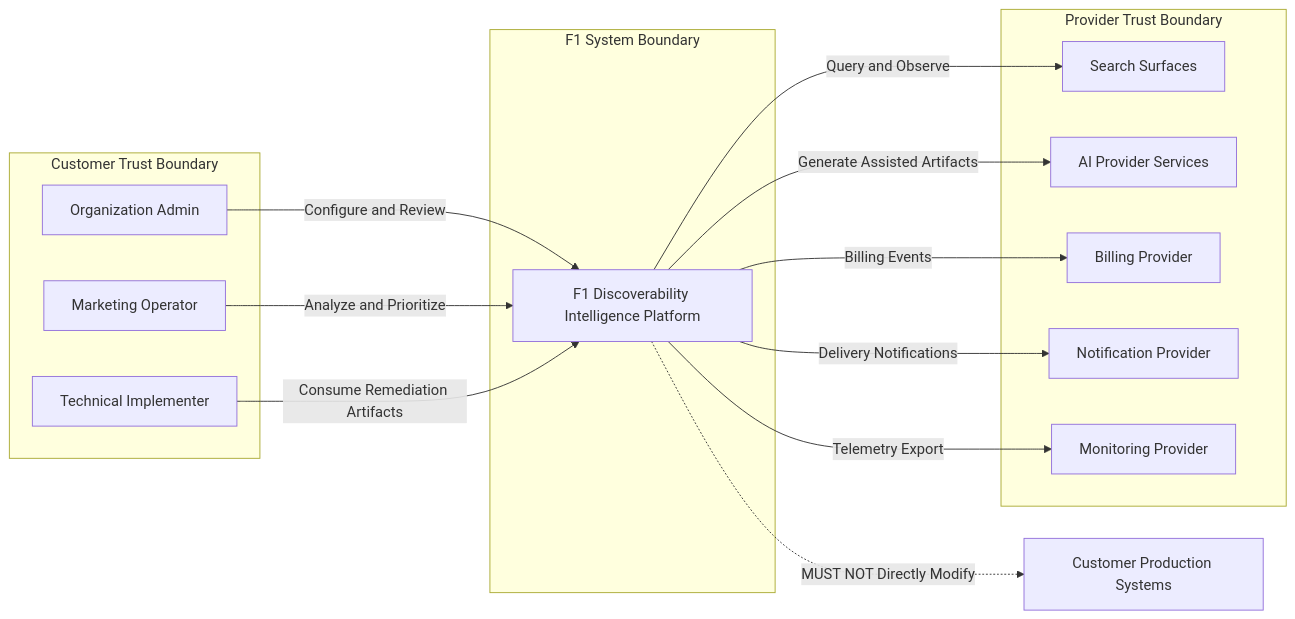
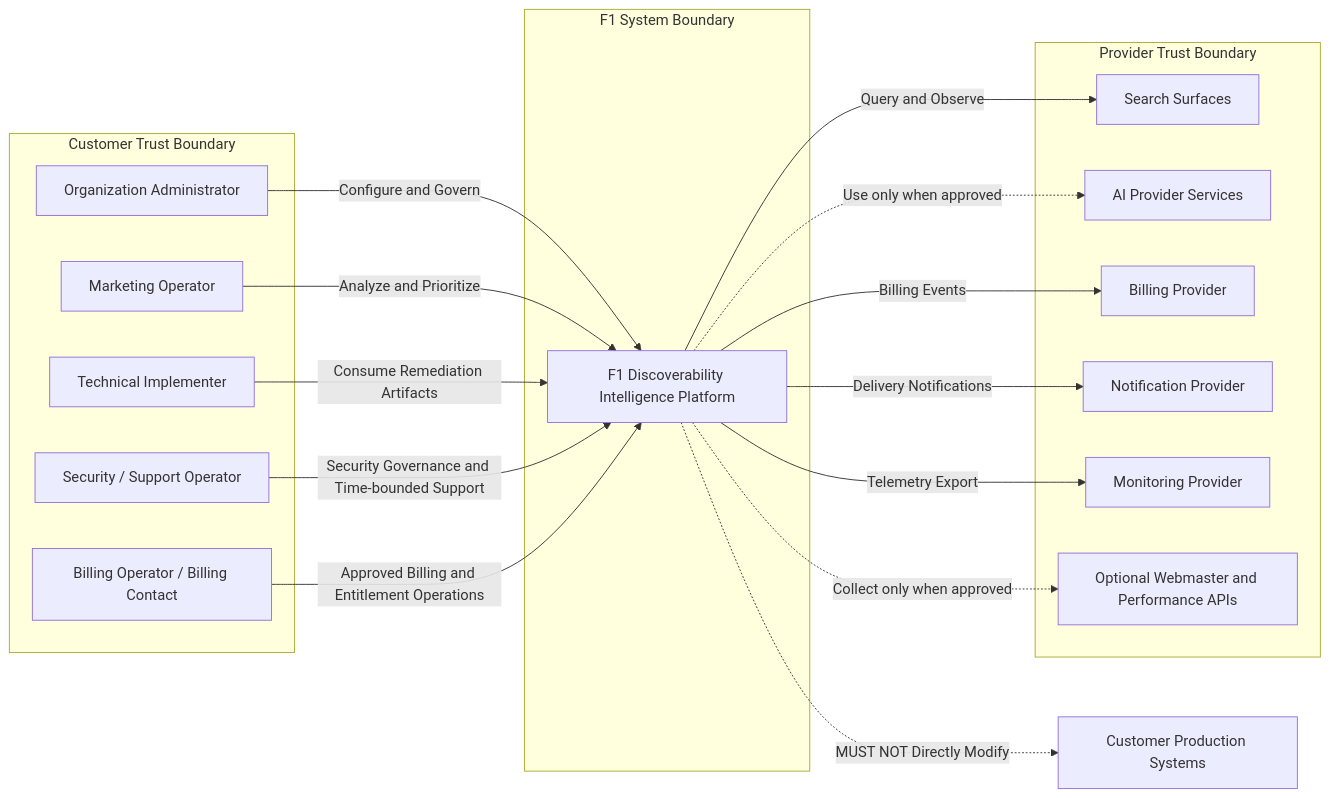
One commit to keny369/videt.ai changed the diagram in diagrams/SYSTEM_CONTEXT.md. Above: the diagram before and after it, drawn with Mermaid. The commit also changed other lines of this file and 27 other files, not shown here.

````diff
--- a/diagrams/SYSTEM_CONTEXT.md
+++ b/diagrams/SYSTEM_CONTEXT.md
@@ -21,32 +21,38 @@
 ```mermaid
 flowchart LR
     subgraph TB1[Customer Trust Boundary]
-        OA[Organization Admin]
+        OA[Organization Administrator]
         MO[Marketing Operator]
         TI[Technical Implementer]
+        SO[Security / Support Operator]
+        BO[Billing Operator / Billing Contact]
     end
 
     subgraph TB2[F1 System Boundary]
         F1[F1 Discoverability Intelligence Platform]
     end
 
     subgraph TB3[Provider Trust Boundary]
         SE[Search Surfaces]
         AI[AI Provider Services]
         BILL[Billing Provider]
         NOTIF[Notification Provider]
         OBS[Monitoring Provider]
+        WMP[Optional Webmaster and Performance APIs]
     end
 
-    OA -->|Configure and Review| F1
+    OA -->|Configure and Govern| F1
     MO -->|Analyze and Prioritize| F1
     TI -->|Consume Remediation Artifacts| F1
+    SO -->|Security Governance and Time-bounded Support| F1
+    BO -->|Approved Billing and Entitlement Operations| F1
 
     F1 -->|Query and Observe| SE
-    F1 -->|Generate Assisted Artifacts| AI
+    F1 -.->|Use only when approved| AI
     F1 -->|Billing Events| BILL
     F1 -->|Delivery Notifications| NOTIF
     F1 -->|Telemetry Export| OBS
+    F1 -.->|Collect only when approved| WMP
 
     F1 -. MUST NOT Directly Modify .-> PROD[Customer Production Systems]
 ```
````
